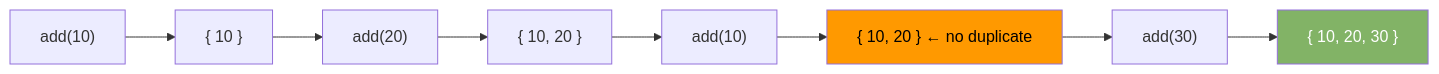
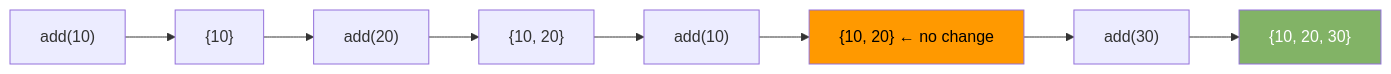
Before and after one commit to valarpirai/software-enginneering: the diagram in docs/06-hash-set.md, drawn with Mermaid. The commit also changed other lines of this file and 3 other files, not shown here.

````diff
--- a/docs/06-hash-set.md
+++ b/docs/06-hash-set.md
@@ -20,9 +34,9 @@
 ```mermaid
 graph LR
-    ADD1["add(10)"] --> S1["{ 10 }"]
-    S1 --> ADD2["add(20)"] --> S2["{ 10, 20 }"]
-    S2 --> ADD3["add(10)"] --> S3["{ 10, 20 }  ← no duplicate"]
-    S3 --> ADD4["add(30)"] --> S4["{ 10, 20, 30 }"]
+    A["add(10)"] --> S1["{10}"]
+    S1 --> B["add(20)"] --> S2["{10, 20}"]
+    S2 --> C["add(10)"] --> S3["{10, 20}  ← no change"]
+    S3 --> D["add(30)"] --> S4["{10, 20, 30}"]
     style S3 fill:#ff9900,color:#000
     style S4 fill:#82b366,color:#fff
 ```
````
